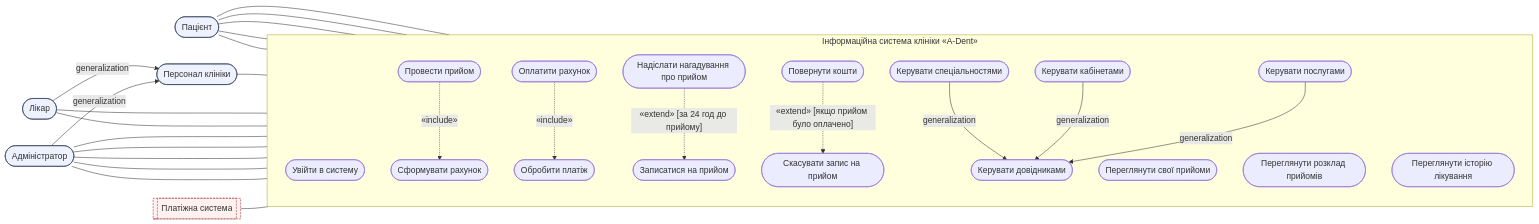
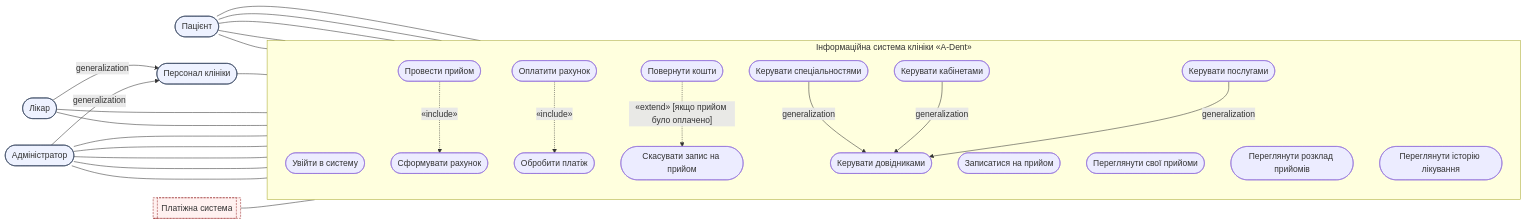
The diagram in use-case-diagram.mmd (dvsqwx/KPI), drawn with Mermaid before and after one commit.

Commit message:
fix traceability

```diff
--- a/use-case-diagram.mmd
+++ b/use-case-diagram.mmd
@@ -1,84 +1,82 @@
 %% Use Case діаграма — «Приватна стоматологічна клініка A-Dent»
 %% Примітка щодо нотації: Mermaid не має єдиної стабільної across-renderer нотації
 %% класичного UML use-case (порожній трикутник генералізації, людські акторні "стіки").
 %% Тому діаграма побудована на flowchart, що гарантовано рендериться в будь-якій версії Mermaid:
 %%   - актори-люди: заокруглений прямокутник (stadium), клас actorHuman
 %%   - зовнішня система (Платіжна система): подвійна рамка (subroutine), клас actorSystem, пунктирна межа
 %%   - use case: овал (stadium) всередині підсистеми SYS
 %%   - асоціація актор–use case: звичайна лінія без стрілки
 %%   - «include»: пунктирна стрілка з підписом «include», від базового UC до включеного
 %%   - «extend»: пунктирна стрілка з підписом «extend», від розширення до базового UC
 %%   - генералізація: суцільна стрілка з підписом "generalization" (наближення — замінює порожній трикутник)
 
 flowchart LR
 
     %% ===== Актори =====
-    Patient([" Пацієнт"]):::actorHuman
-    Doctor([" Лікар"]):::actorHuman
-    Admin([" Адміністратор"]):::actorHuman
-    Staff([" Персонал клініки"]):::actorHuman
-    PaymentSys[[" Платіжна система"]]:::actorSystem
+    Patient(["Пацієнт"]):::actorHuman
+    Doctor(["Лікар"]):::actorHuman
+    Admin(["Адміністратор"]):::actorHuman
+    Staff(["Персонал клініки"]):::actorHuman
+    PaymentSys[["Платіжна система"]]:::actorSystem
 
     %% Генералізація акторів: Лікар і Адміністратор — спеціалізації Персоналу клініки
     Doctor -->|"generalization"| Staff
     Admin -->|"generalization"| Staff
 
     %% ===== Межа системи =====
     subgraph SYS["Інформаційна система клініки «A-Dent»"]
         direction TB
 
         UC0(["Увійти в систему"])
 
         UC1(["Записатися на прийом"])
         UC2(["Переглянути свої прийоми"])
         UC3(["Скасувати запис на прийом"])
         UC4(["Переглянути розклад прийомів"])
         UC5(["Провести прийом"])
         UC6(["Сформувати рахунок"])
         UC7(["Оплатити рахунок"])
         UC8(["Обробити платіж"])
         UC9(["Повернути кошти"])
-        UC10(["Надіслати нагадування про прийом"])
         UC11(["Переглянути історію лікування"])
 
         UC12(["Керувати довідниками"])
         UC12a(["Керувати спеціальностями"])
         UC12b(["Керувати кабінетами"])
         UC12c(["Керувати послугами"])
     end
 
     %% ===== Асоціації: Пацієнт =====
     Patient --- UC1
     Patient --- UC2
     Patient --- UC3
     Patient --- UC7
     Patient --- UC11
 
     %% ===== Асоціації: успадковано через Staff, плюс власні =====
     Staff --- UC0
     Doctor --- UC4
     Doctor --- UC5
     Admin --- UC1
     Admin --- UC3
     Admin --- UC4
     Admin --- UC9
     Admin --- UC12
 
     %% ===== Асоціація: зовнішня система =====
     PaymentSys --- UC8
 
     %% ===== Include (обов'язковий крок) =====
     UC5 -.->|"«include»"| UC6
     UC7 -.->|"«include»"| UC8
 
     %% ===== Extend (опційне розширення за умови) =====
-    UC10 -.->|"«extend» [за 24 год до прийому]"| UC1
     UC9 -.->|"«extend» [якщо прийом було оплачено]"| UC3
 
     %% ===== Генералізація use cases =====
     UC12a -->|"generalization"| UC12
     UC12b -->|"generalization"| UC12
     UC12c -->|"generalization"| UC12
 
     classDef actorHuman fill:#eef2ff,stroke:#33415c,stroke-width:1px;
     classDef actorSystem fill:#fff1f0,stroke:#9b2c2c,stroke-width:1px,stroke-dasharray:4 2;
```
